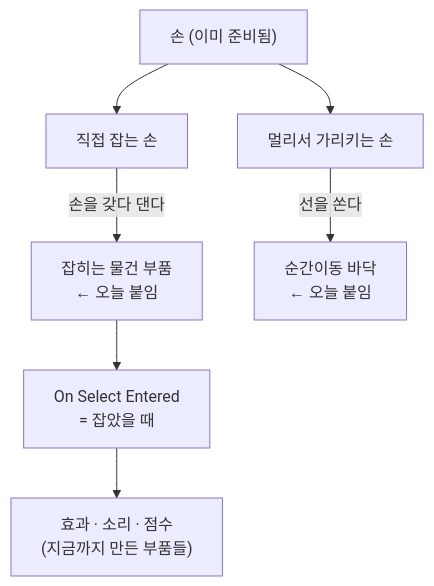
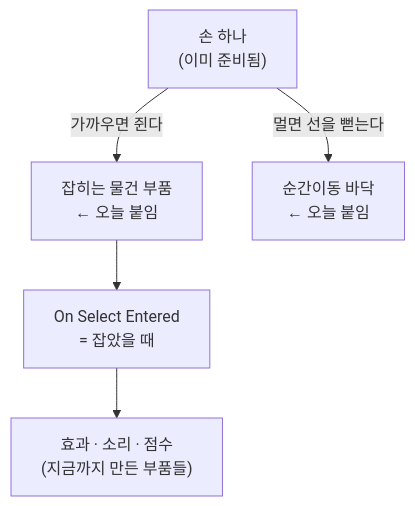
One commit to KooHoo-Dev/kdc-meta-verse-nocode-lecture changed the fifth of 5 diagrams in Docs/1. NoCode/5. XR/31_xr_interaction_nocode.md. Above: the diagram before and after it, drawn with Mermaid. The commit also changed other lines of this file and 11 other files, not shown here.

````diff
--- a/Docs/1. NoCode/5. XR/31_xr_interaction_nocode.md
+++ b/Docs/1. NoCode/5. XR/31_xr_interaction_nocode.md
@@ -359,11 +368,9 @@
 ```mermaid
 flowchart TB
-    H["손 (이미 준비됨)"] --> D["직접 잡는 손"]
-    H --> R["멀리서 가리키는 손"]
-
-    D -->|손을 갖다 댄다| G["잡히는 물건 부품<br/>← 오늘 붙임"]
-    R -->|선을 쏜다| T["순간이동 바닥<br/>← 오늘 붙임"]
+    H["손 하나<br/>(이미 준비됨)"]
+    H -->|가까우면 쥔다| G["잡히는 물건 부품<br/>← 오늘 붙임"]
+    H -->|멀면 선을 뻗는다| T["순간이동 바닥<br/>← 오늘 붙임"]
 
     G --> E["On Select Entered<br/>= 잡았을 때"]
     E --> F["효과 · 소리 · 점수<br/>(지금까지 만든 부품들)"]
 ```
````
